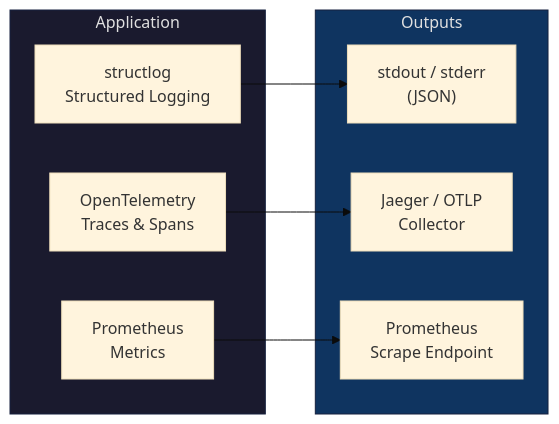
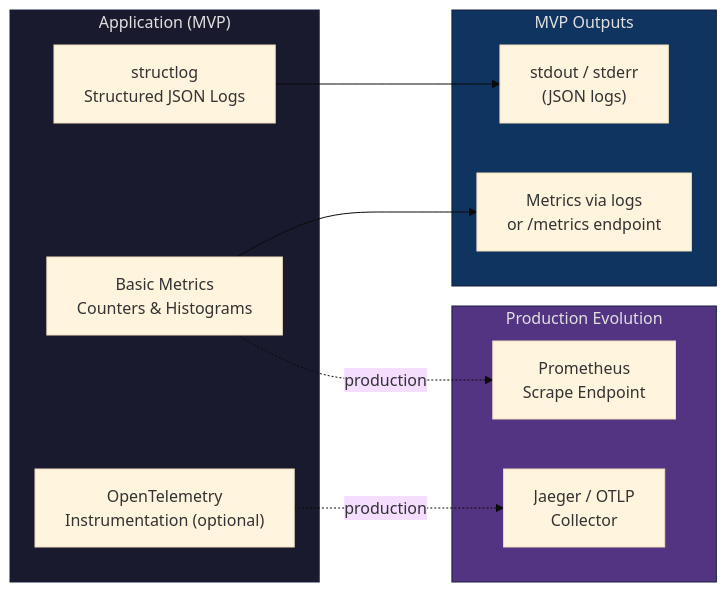
The fifth of 5 diagrams in docs/SYSTEM_DESIGN.md (Hodnduy/unified-document-viewer), drawn with Mermaid (base theme) before and after one commit. The commit also changed other lines of this file, not shown here.

````diff
--- a/docs/SYSTEM_DESIGN.md
+++ b/docs/SYSTEM_DESIGN.md
@@ -406,21 +518,27 @@
 ```mermaid
 graph LR
-    subgraph Application
-        SL["structlog<br/>Structured Logging"]
-        OT["OpenTelemetry<br/>Traces & Spans"]
-        PM["Prometheus<br/>Metrics"]
+    subgraph Application["Application (MVP)"]
+        SL["structlog<br/>Structured JSON Logs"]
+        PM["Basic Metrics<br/>Counters & Histograms"]
+        OT["OpenTelemetry<br/>Instrumentation (optional)"]
     end
 
-    subgraph Outputs
-        STDOUT["stdout / stderr<br/>(JSON)"]
+    subgraph MVP_Outputs["MVP Outputs"]
+        STDOUT["stdout / stderr<br/>(JSON logs)"]
+        METRICS_LOG["Metrics via logs<br/>or /metrics endpoint"]
+    end
+
+    subgraph Prod_Outputs["Production Evolution"]
+        PROM["Prometheus<br/>Scrape Endpoint"]
         JAEGER["Jaeger / OTLP<br/>Collector"]
-        PROM["Prometheus<br/>Scrape Endpoint"]
     end
 
     SL --> STDOUT
-    OT --> JAEGER
-    PM --> PROM
+    PM --> METRICS_LOG
+    PM -.->|"production"| PROM
+    OT -.->|"production"| JAEGER
 
     style Application fill:#1a1a2e,stroke:#16213e,color:#e0e0e0
-    style Outputs fill:#0f3460,stroke:#16213e,color:#e0e0e0
+    style MVP_Outputs fill:#0f3460,stroke:#16213e,color:#e0e0e0
+    style Prod_Outputs fill:#533483,stroke:#16213e,color:#e0e0e0
 ```
````
